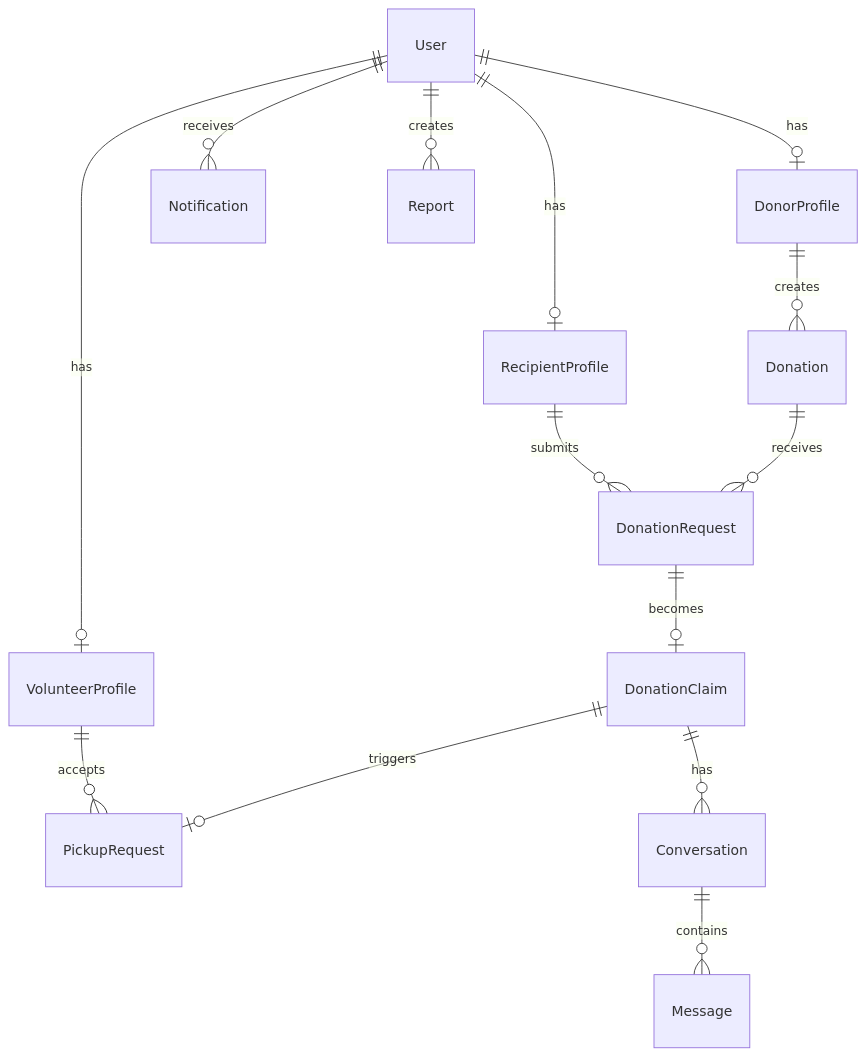
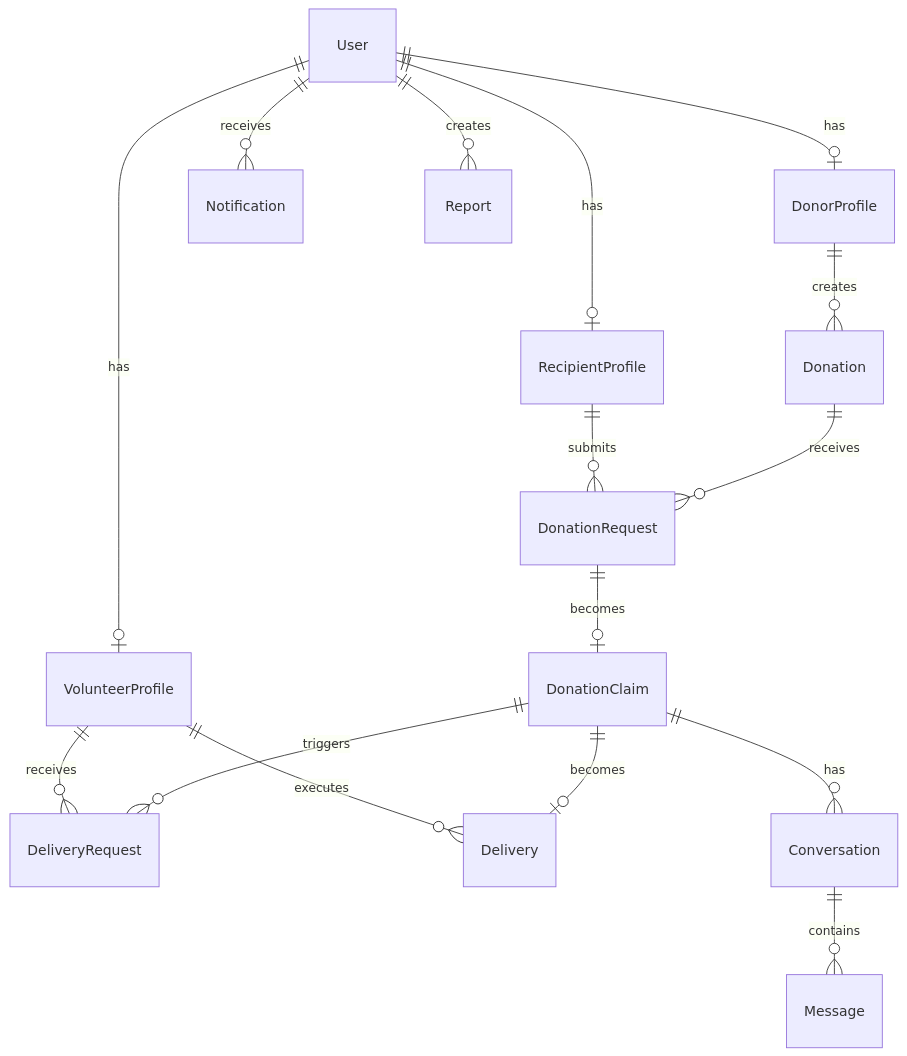
One commit to 3mrmousa/MealBridge changed the diagram in README.md. Above: the diagram before and after it, drawn with Mermaid. The commit also changed other lines of this file and 37 other files, not shown here.

First line of the commit message:
refactor: major architectural overhaul for domains, delivery system, and addresses

````diff
--- a/README.md
+++ b/README.md
@@ -280,16 +291,18 @@
 ```mermaid
 erDiagram
     User ||--o| DonorProfile : has
     User ||--o| RecipientProfile : has
     User ||--o| VolunteerProfile : has
     DonorProfile ||--o{ Donation : creates
     Donation ||--o{ DonationRequest : receives
     RecipientProfile ||--o{ DonationRequest : submits
     DonationRequest ||--o| DonationClaim : becomes
-    DonationClaim ||--o| PickupRequest : triggers
-    VolunteerProfile ||--o{ PickupRequest : accepts
+    DonationClaim ||--o{ DeliveryRequest : triggers
+    DonationClaim ||--o| Delivery : becomes
+    VolunteerProfile ||--o{ DeliveryRequest : receives
+    VolunteerProfile ||--o{ Delivery : executes
     DonationClaim ||--o{ Conversation : has
     Conversation ||--o{ Message : contains
     User ||--o{ Notification : receives
     User ||--o{ Report : creates
 ```
````
